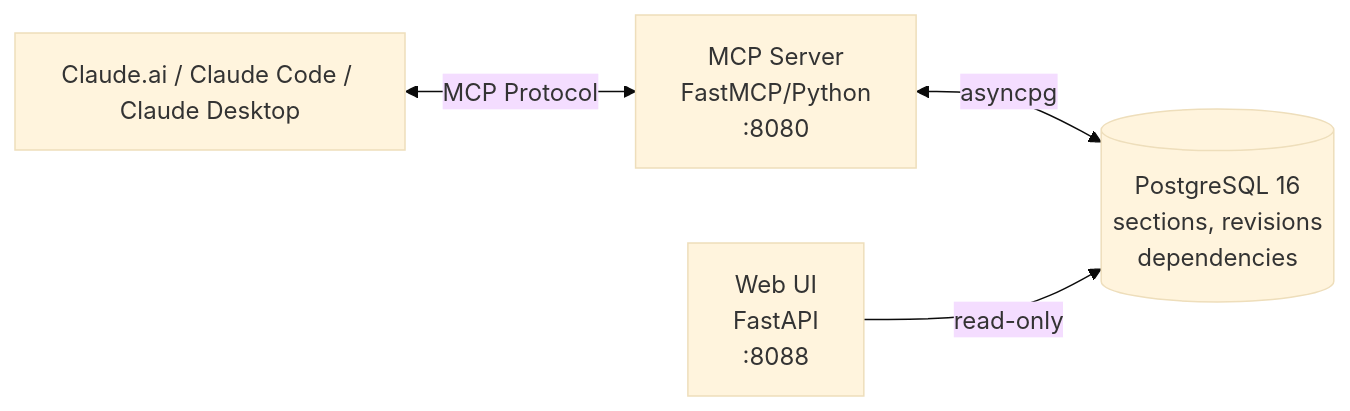
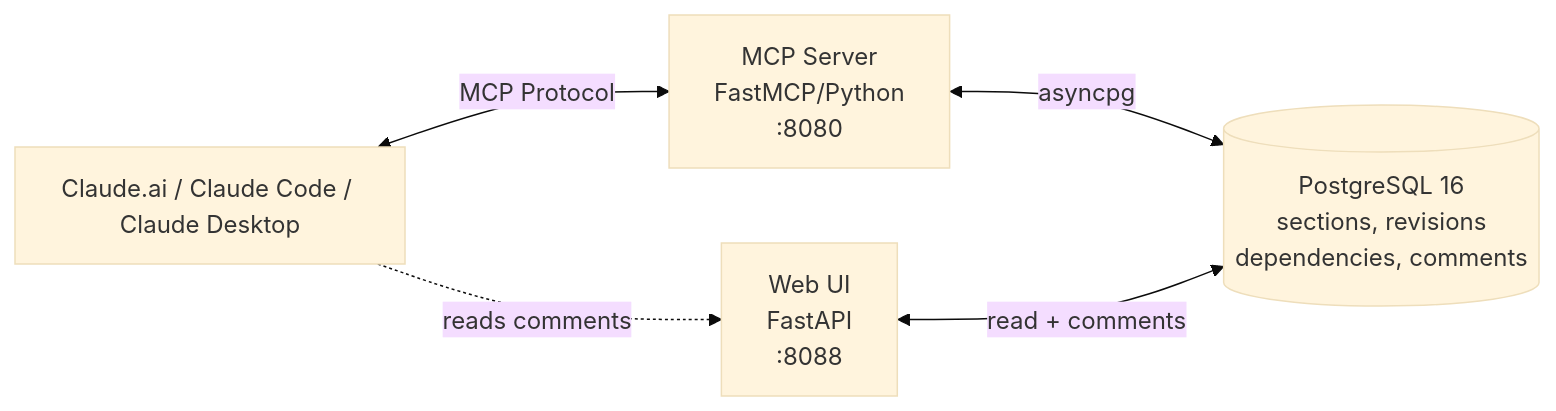
The first of 3 diagrams in README.md (TomMaSS/PRDforge), drawn with Mermaid (base theme) before and after one commit. The commit also changed other lines of this file and 14 other files, not shown here.

````diff
--- a/README.md
+++ b/README.md
@@ -15,6 +15,7 @@
 ```mermaid
 graph LR
     A[Claude.ai / Claude Code / Claude Desktop] <-->|MCP Protocol| B[MCP Server<br/>FastMCP/Python<br/>:8080]
-    B <-->|asyncpg| C[(PostgreSQL 16<br/>sections, revisions<br/>dependencies)]
-    D[Web UI<br/>FastAPI<br/>:8088] -->|read-only| C
+    B <-->|asyncpg| C[(PostgreSQL 16<br/>sections, revisions<br/>dependencies, comments)]
+    D[Web UI<br/>FastAPI<br/>:8088] <-->|read + comments| C
+    A -.->|reads comments| D
 ```
````
